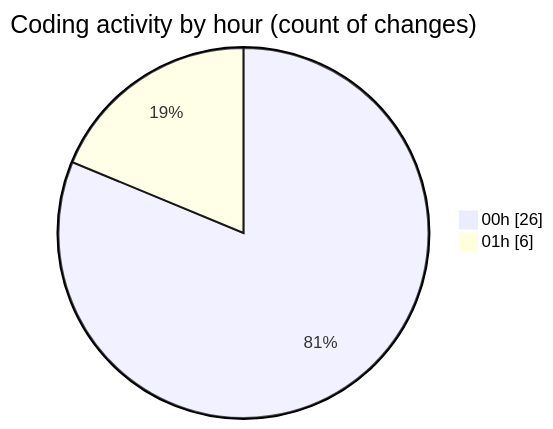
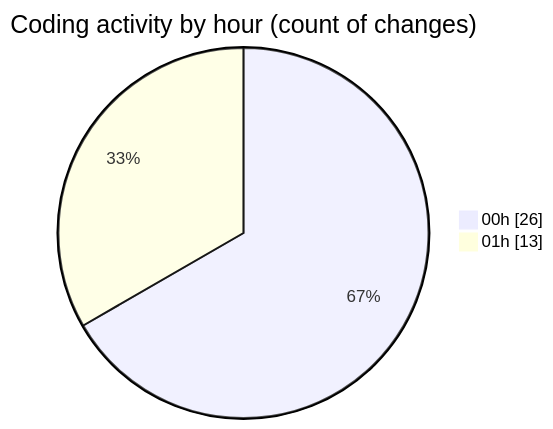
Before and after one commit to lephambinh05/code-tracking: the second of 2 diagrams in 2025-08-17/rentotp/README.md, drawn with Mermaid. The commit also changed other lines of this file and 1 other file, not shown here.

````diff
--- a/2025-08-17/rentotp/README.md
+++ b/2025-08-17/rentotp/README.md
@@ -43,6 +44,6 @@
 ```mermaid
 pie showData
 title Coding activity by hour (count of changes)
 "00h" : 26
-"01h" : 6
+"01h" : 13
 ```
````
